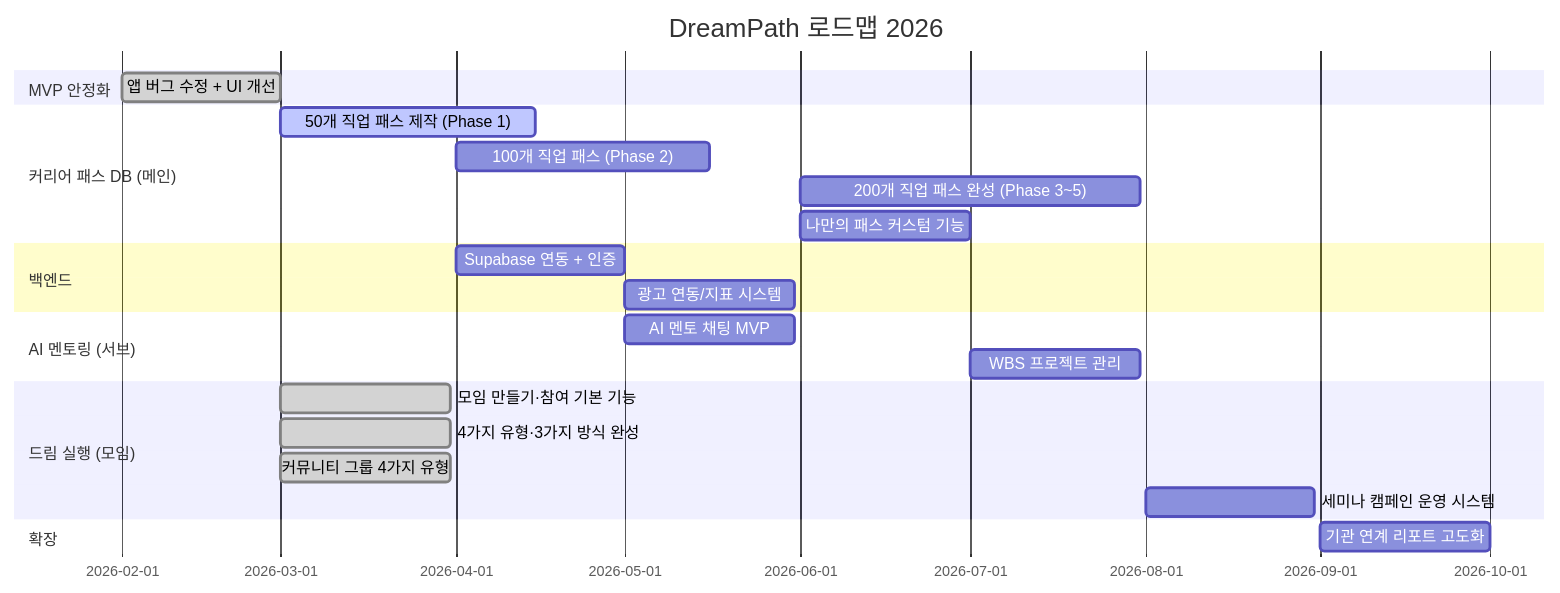
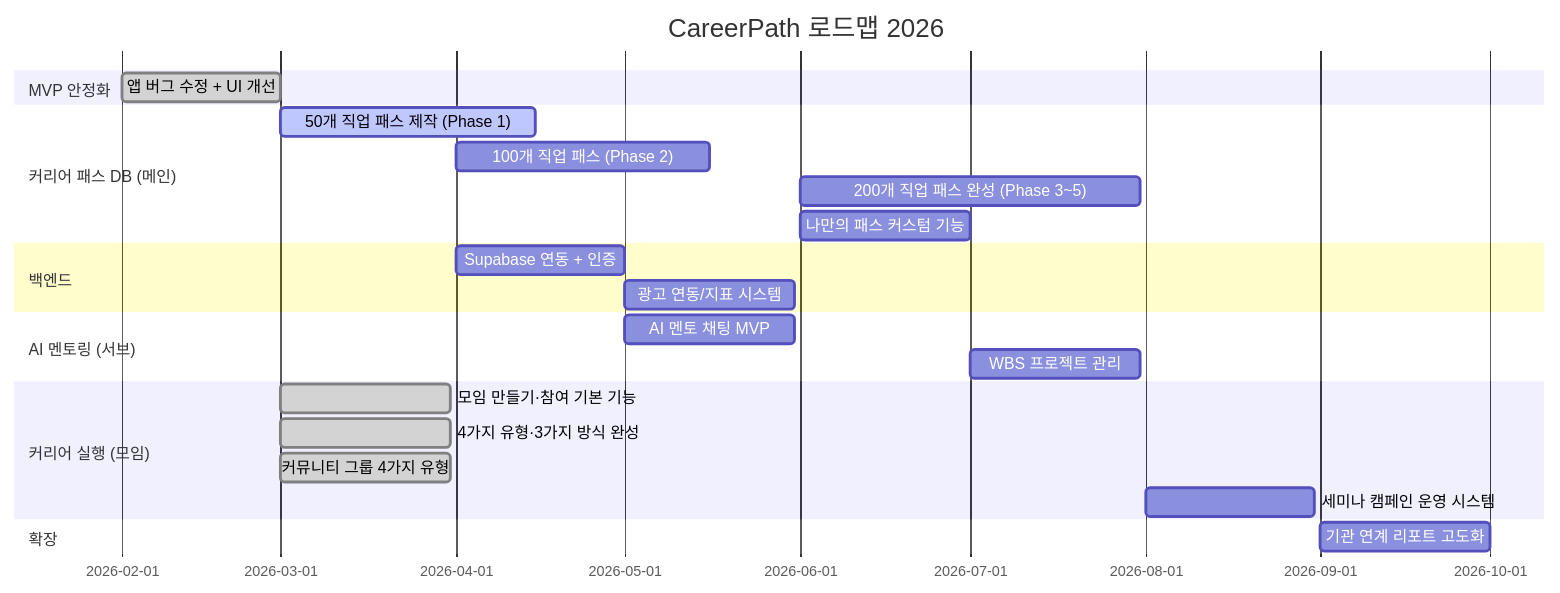
Before and after one commit to Collegenie-X/AI-career-path: the sixth of 6 diagrams in INVESTMENT_PROPOSAL.md, drawn with Mermaid. The commit also changed other lines of this file and 1 other file, not shown here.

````diff
--- a/INVESTMENT_PROPOSAL.md
+++ b/INVESTMENT_PROPOSAL.md
@@ -621,25 +621,25 @@
 ```mermaid
 gantt
-    title DreamPath 로드맵 2026
+    title CareerPath 로드맵 2026
     dateFormat  YYYY-MM
     section MVP 안정화
     앱 버그 수정 + UI 개선          :done, 2026-02, 28d
     section 커리어 패스 DB (메인)
     50개 직업 패스 제작 (Phase 1)    :active, 2026-03, 45d
     100개 직업 패스 (Phase 2)       :2026-04, 45d
     200개 직업 패스 완성 (Phase 3~5) :2026-06, 60d
     나만의 패스 커스텀 기능           :2026-06, 30d
     section 백엔드
     Supabase 연동 + 인증            :2026-04, 30d
     광고 연동/지표 시스템            :2026-05, 30d
     section AI 멘토링 (서브)
     AI 멘토 채팅 MVP                :2026-05, 30d
     WBS 프로젝트 관리               :2026-07, 30d
-    section 드림 실행 (모임)
+    section 커리어 실행 (모임)
     모임 만들기·참여 기본 기능       :done, 2026-03, 30d
     4가지 유형·3가지 방식 완성       :done, 2026-03, 30d
     커뮤니티 그룹 4가지 유형         :done, 2026-03, 30d
     세미나 캠페인 운영 시스템         :2026-08, 30d
     section 확장
     기관 연계 리포트 고도화           :2026-09, 30d
 ```
````
